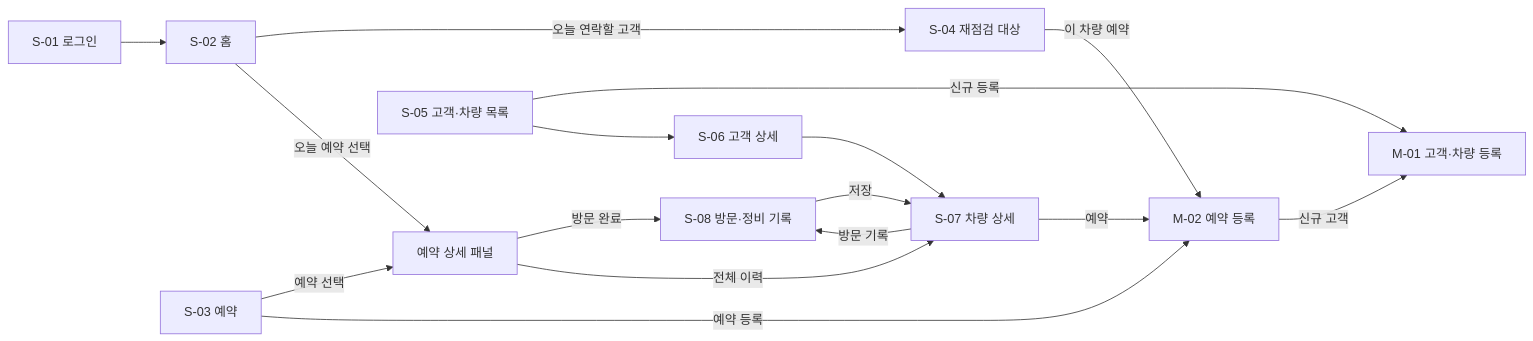
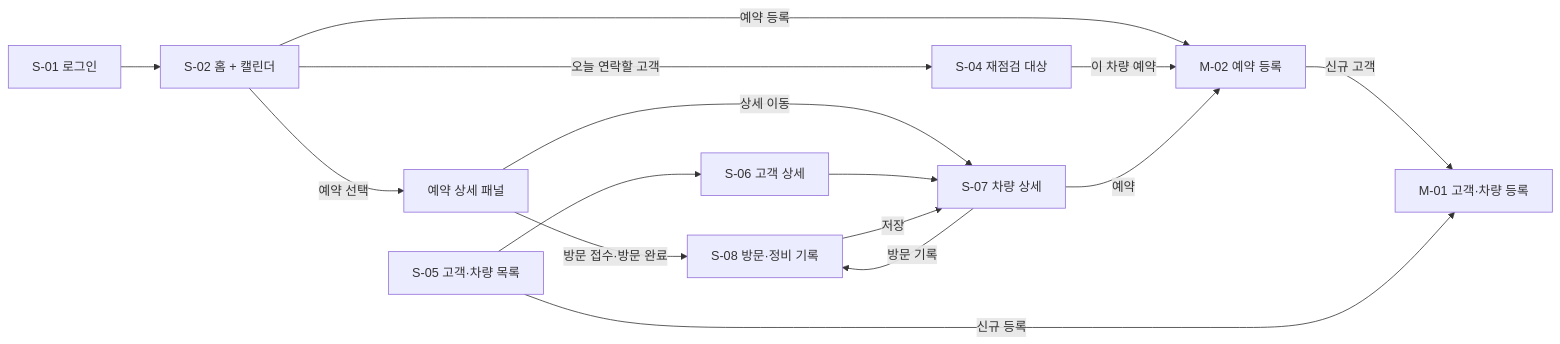
The diagram in docs/09_screens_화면명세서.md (OneMonthproJect/chagok-docs), drawn with Mermaid before and after one commit. The commit also changed other lines of this file and 14 other files, not shown here.

````diff
--- a/docs/09_screens_화면명세서.md
+++ b/docs/09_screens_화면명세서.md
@@ -46,18 +45,17 @@
 ```mermaid
 flowchart LR
-  S01["S-01 로그인"] --> S02["S-02 홈"]
+  S01["S-01 로그인"] --> S02["S-02 홈 + 캘린더"]
   S02 -->|오늘 연락할 고객| S04["S-04 재점검 대상"]
-  S02 -->|오늘 예약 선택| P["예약 상세 패널"]
-  S03["S-03 예약"] -->|예약 선택| P
-  S03 -->|예약 등록| M02["M-02 예약 등록"]
+  S02 -->|예약 선택| P["예약 상세 패널"]
+  S02 -->|예약 등록| M02["M-02 예약 등록"]
   S04 -->|이 차량 예약| M02
   M02 -->|신규 고객| M01["M-01 고객·차량 등록"]
-  P -->|방문 완료| S08["S-08 방문·정비 기록"]
-  P -->|전체 이력| S07["S-07 차량 상세"]
+  P -->|방문 접수·방문 완료| S08["S-08 방문·정비 기록"]
+  P -->|상세 이동| S07["S-07 차량 상세"]
   S05["S-05 고객·차량 목록"] -->|신규 등록| M01
   S05 --> S06["S-06 고객 상세"]
   S06 --> S07
   S07 -->|방문 기록| S08
   S07 -->|예약| M02
   S08 -->|저장| S07
 ```
````
